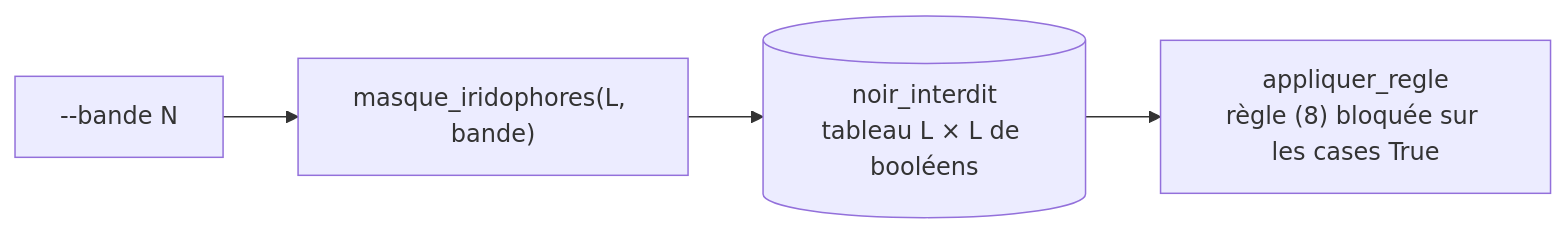
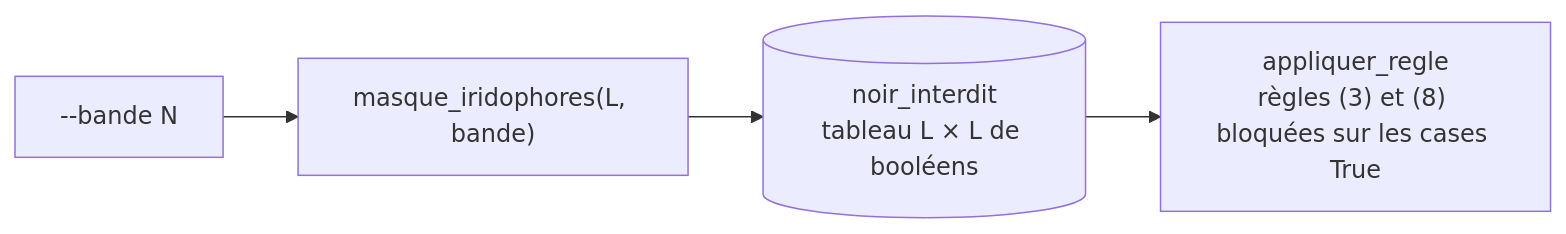
One commit to Spc-Marcus/BIO-DYN-projet changed the fourth of 4 diagrams in slurm_pipeline/doc/architecture.md. Above: the diagram before and after it, drawn with Mermaid. The commit also changed other lines of this file and 8 other files, not shown here.

First line of the commit message:
Pass model options through the Slurm pipeline and timeline

````diff
--- a/slurm_pipeline/doc/architecture.md
+++ b/slurm_pipeline/doc/architecture.md
@@ -138,6 +147,6 @@
 ```mermaid
 flowchart LR
     BD["--bande N"] --> MK["masque_iridophores(L, bande)"]
     MK --> NI[("noir_interdit<br/>tableau L × L de booléens")]
-    NI --> AP["appliquer_regle<br/>règle (8) bloquée sur les cases True"]
+    NI --> AP["appliquer_regle<br/>règles (3) et (8) bloquées sur les cases True"]
 ```
````
